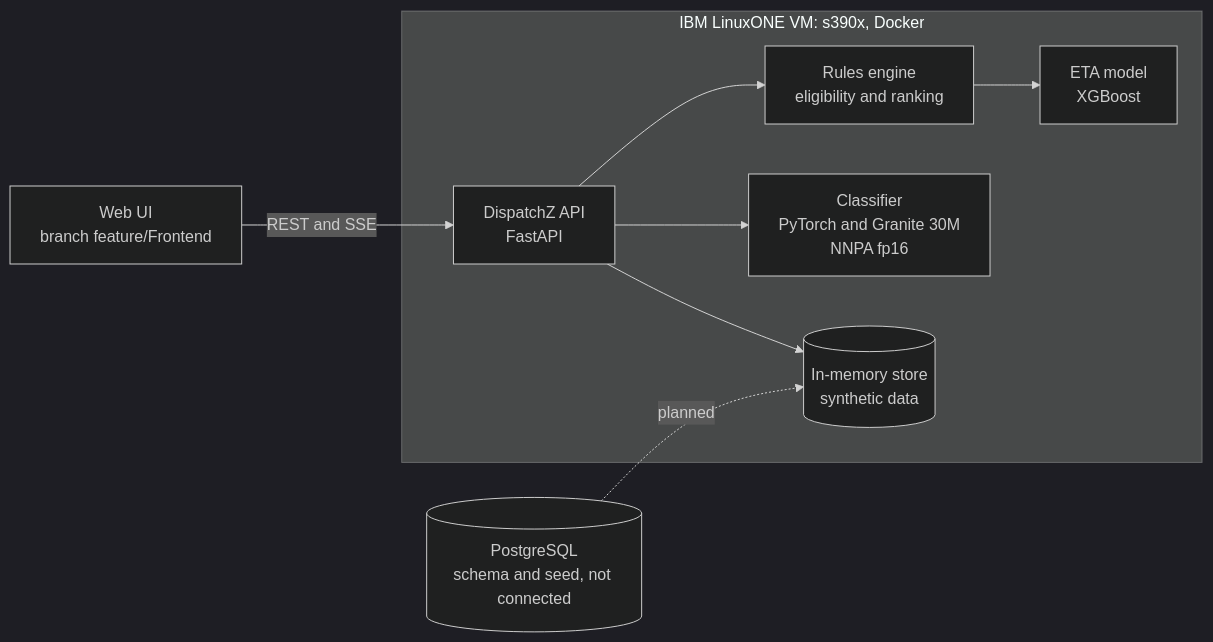
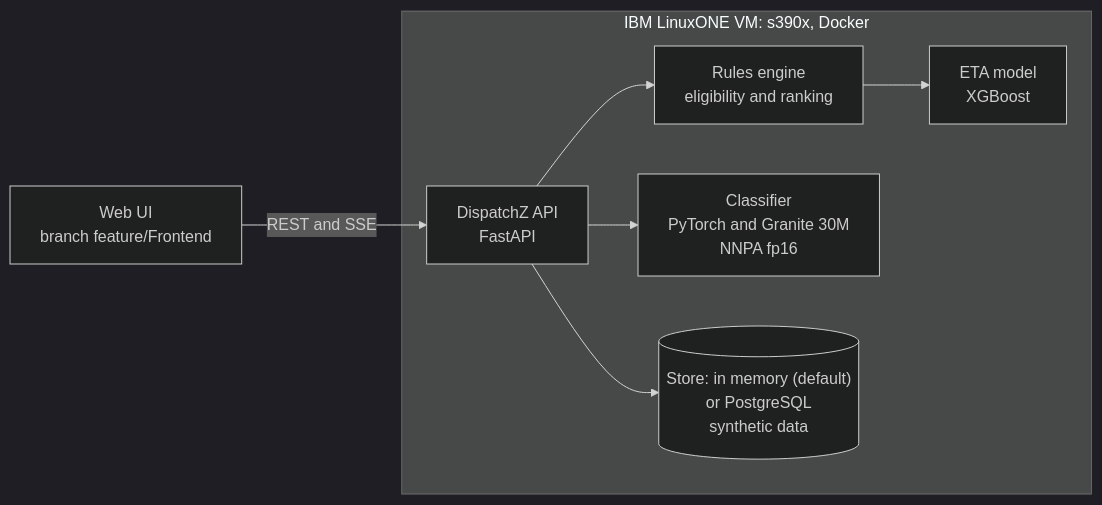
One commit to n-allen1/Huskies_IBM_Z_Datathon_2026_Project changed the diagram in README.md. Above: the diagram before and after it, drawn with Mermaid (dark theme). The commit also changed other lines of this file and 18 other files, not shown here.

First line of the commit message:
Add optional PostgreSQL store for the API

````diff
--- a/README.md
+++ b/README.md
@@ -106,11 +106,10 @@
 ```mermaid
 flowchart LR
     subgraph Z["IBM LinuxONE VM: s390x, Docker"]
         API["DispatchZ API<br/>FastAPI"] --> RULES["Rules engine<br/>eligibility and ranking"]
         API --> CLS["Classifier<br/>PyTorch and Granite 30M<br/>NNPA fp16"]
         RULES --> ETA["ETA model<br/>XGBoost"]
-        API --> STORE[("In-memory store<br/>synthetic data")]
+        API --> STORE[("Store: in memory (default)<br/>or PostgreSQL<br/>synthetic data")]
     end
     UI["Web UI<br/>branch feature/Frontend"] -->|"REST and SSE"| API
-    PG[("PostgreSQL<br/>schema and seed, not connected")] -.->|planned| STORE
 ```
````
